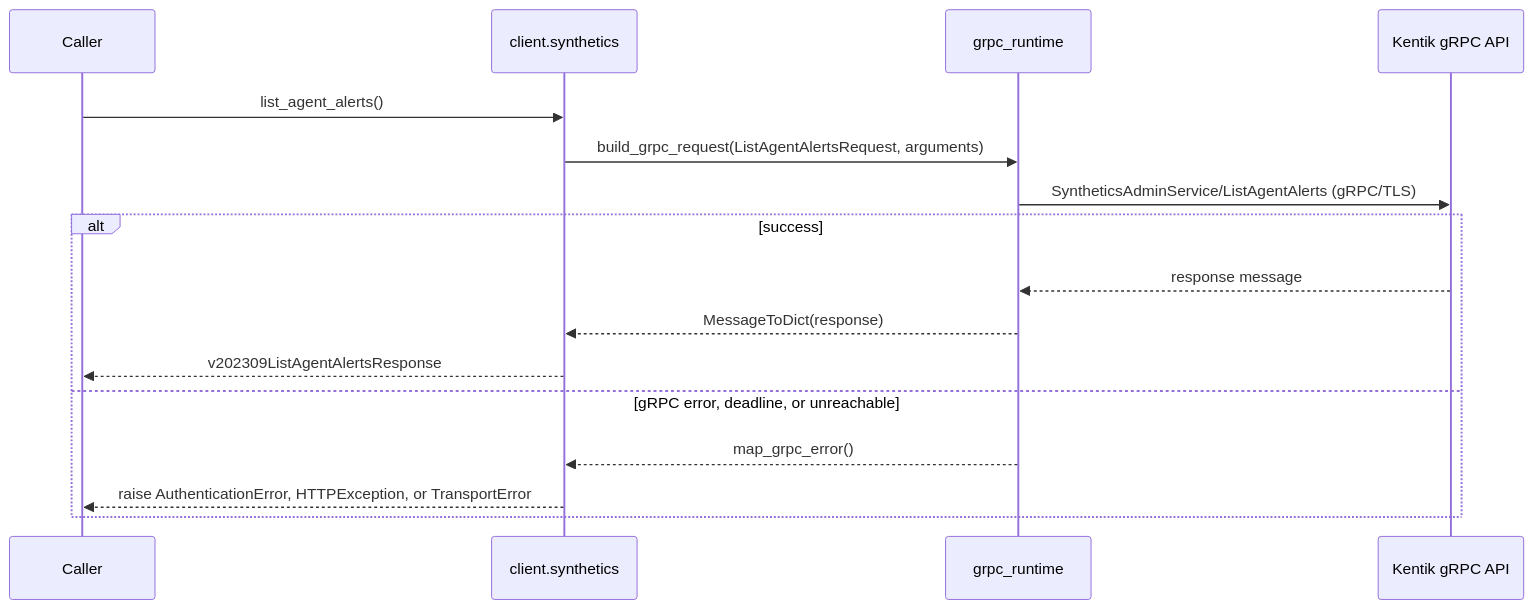
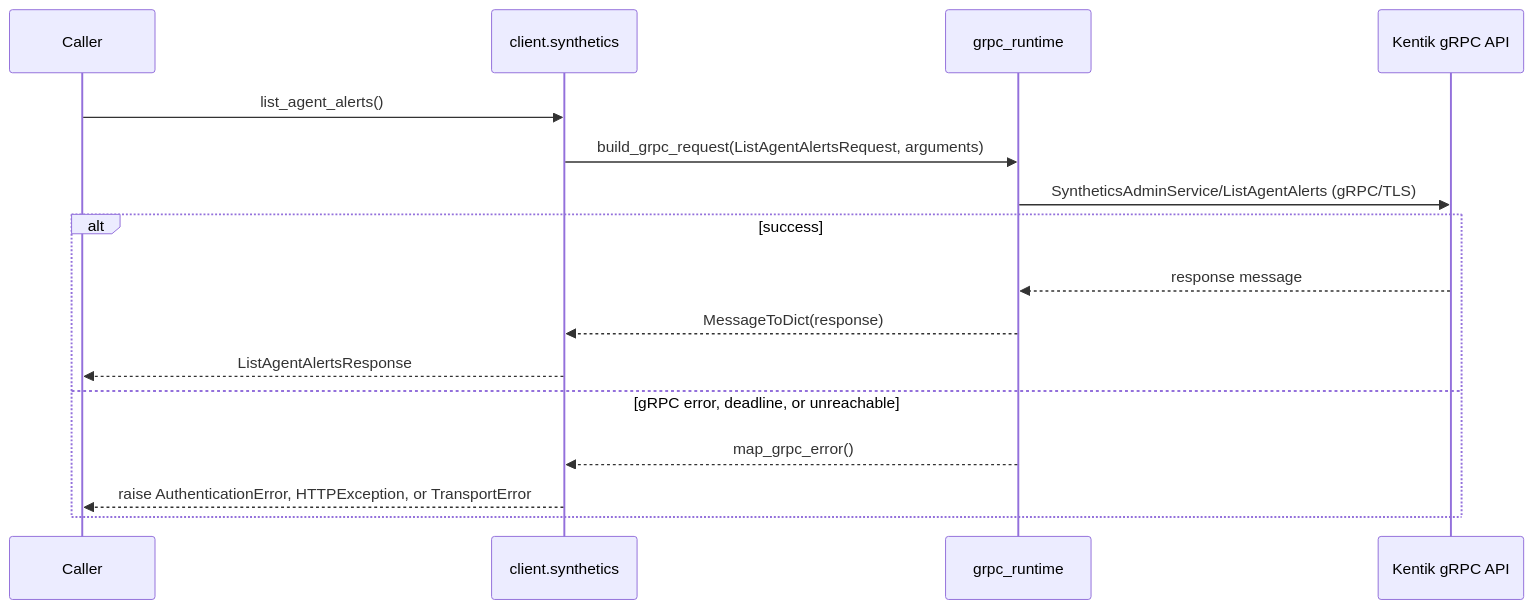
The third of 38 diagrams in docs/sphinx/services/synthetics.md (alexdearaujo/community_sdk_python), drawn with Mermaid before and after one commit. The commit also changed other lines of this file and 38 other files, not shown here.

````diff
--- a/docs/sphinx/services/synthetics.md
+++ b/docs/sphinx/services/synthetics.md
@@ -61,19 +61,19 @@
 ```mermaid
 sequenceDiagram
     participant C as Caller
     participant W as client.synthetics
     participant R as grpc_runtime
     participant API as Kentik gRPC API
 
     C->>W: list_agent_alerts()
     W->>R: build_grpc_request(ListAgentAlertsRequest, arguments)
     R->>API: SyntheticsAdminService/ListAgentAlerts (gRPC/TLS)
     alt success
         API-->>R: response message
         R-->>W: MessageToDict(response)
-        W-->>C: v202309ListAgentAlertsResponse
+        W-->>C: ListAgentAlertsResponse
     else gRPC error, deadline, or unreachable
         R-->>W: map_grpc_error()
         W-->>C: raise AuthenticationError, HTTPException, or TransportError
     end
 ```
````
